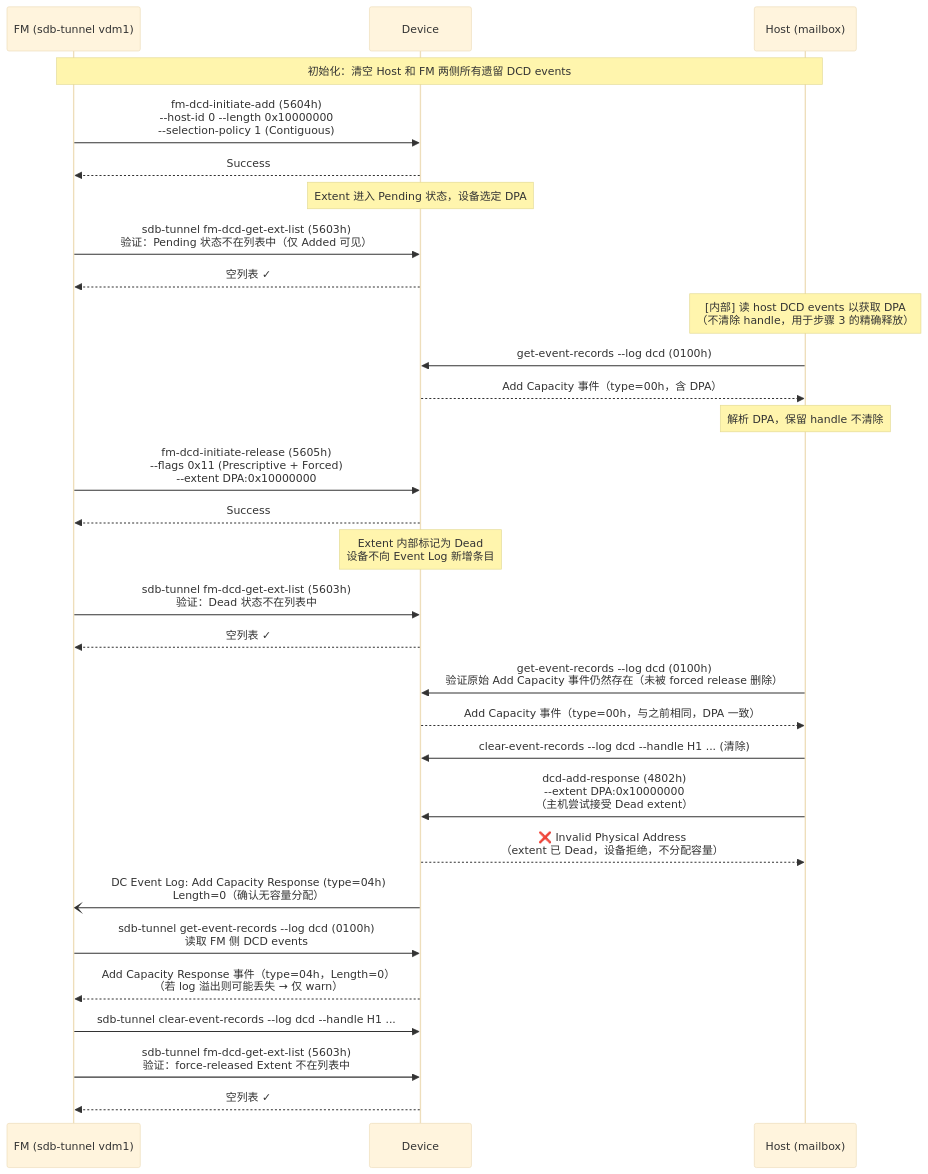
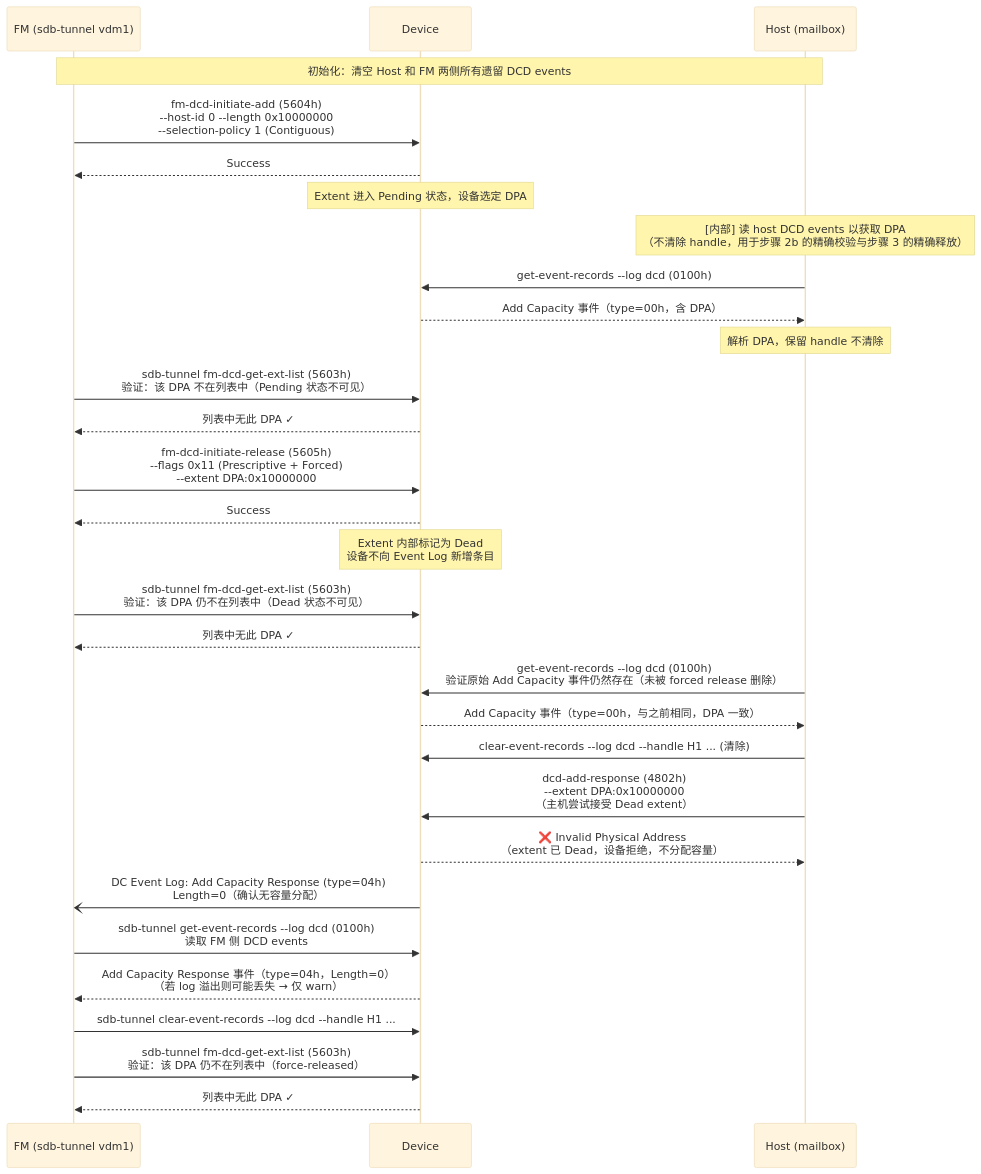
Before and after one commit to whou-sfx/libcxlmi: the second of 3 diagrams in docs/dcd_test_cases.md, drawn with Mermaid (base theme). The commit also changed other lines of this file and 2 other files, not shown here.

````diff
--- a/docs/dcd_test_cases.md
+++ b/docs/dcd_test_cases.md
@@ -114,43 +114,43 @@
 ```mermaid
 sequenceDiagram
     participant FM   as FM (sdb-tunnel vdm1)
     participant Dev  as Device
     participant Host as Host (mailbox)
 
     Note over FM,Host: 初始化：清空 Host 和 FM 两侧所有遗留 DCD events
 
     FM->>Dev: fm-dcd-initiate-add (5604h)<br/>--host-id 0 --length 0x10000000<br/>--selection-policy 1 (Contiguous)
     Dev-->>FM: Success
     Note over Dev: Extent 进入 Pending 状态，设备选定 DPA
 
-    FM->>Dev: sdb-tunnel fm-dcd-get-ext-list (5603h)<br/>验证：Pending 状态不在列表中（仅 Added 可见）
-    Dev-->>FM: 空列表 ✓
-
-    Note over Host: [内部] 读 host DCD events 以获取 DPA<br/>（不清除 handle，用于步骤 3 的精确释放）
+    Note over Host: [内部] 读 host DCD events 以获取 DPA<br/>（不清除 handle，用于步骤 2b 的精确校验与步骤 3 的精确释放）
     Host->>Dev: get-event-records --log dcd (0100h)
     Dev-->>Host: Add Capacity 事件（type=00h，含 DPA）
     Note over Host: 解析 DPA，保留 handle 不清除
+
+    FM->>Dev: sdb-tunnel fm-dcd-get-ext-list (5603h)<br/>验证：该 DPA 不在列表中（Pending 状态不可见）
+    Dev-->>FM: 列表中无此 DPA ✓
 
     FM->>Dev: fm-dcd-initiate-release (5605h)<br/>--flags 0x11 (Prescriptive + Forced)<br/>--extent DPA:0x10000000
     Dev-->>FM: Success
     Note over Dev: Extent 内部标记为 Dead<br/>设备不向 Event Log 新增条目
 
-    FM->>Dev: sdb-tunnel fm-dcd-get-ext-list (5603h)<br/>验证：Dead 状态不在列表中
-    Dev-->>FM: 空列表 ✓
+    FM->>Dev: sdb-tunnel fm-dcd-get-ext-list (5603h)<br/>验证：该 DPA 仍不在列表中（Dead 状态不可见）
+    Dev-->>FM: 列表中无此 DPA ✓
 
     Host->>Dev: get-event-records --log dcd (0100h)<br/>验证原始 Add Capacity 事件仍然存在（未被 forced release 删除）
     Dev-->>Host: Add Capacity 事件（type=00h，与之前相同，DPA 一致）
     Host->>Dev: clear-event-records --log dcd --handle H1 ... (清除)
 
     Host->>Dev: dcd-add-response (4802h)<br/>--extent DPA:0x10000000<br/>（主机尝试接受 Dead extent）
     Dev-->>Host: ❌ Invalid Physical Address<br/>（extent 已 Dead，设备拒绝，不分配容量）
 
     Dev-)FM: DC Event Log: Add Capacity Response (type=04h)<br/>Length=0（确认无容量分配）
 
     FM->>Dev: sdb-tunnel get-event-records --log dcd (0100h)<br/>读取 FM 侧 DCD events
     Dev-->>FM: Add Capacity Response 事件（type=04h，Length=0）<br/>（若 log 溢出则可能丢失 → 仅 warn）
     FM->>Dev: sdb-tunnel clear-event-records --log dcd --handle H1 ...
 
-    FM->>Dev: sdb-tunnel fm-dcd-get-ext-list (5603h)<br/>验证：force-released Extent 不在列表中
-    Dev-->>FM: 空列表 ✓
+    FM->>Dev: sdb-tunnel fm-dcd-get-ext-list (5603h)<br/>验证：该 DPA 仍不在列表中（force-released）
+    Dev-->>FM: 列表中无此 DPA ✓
 ```
````
